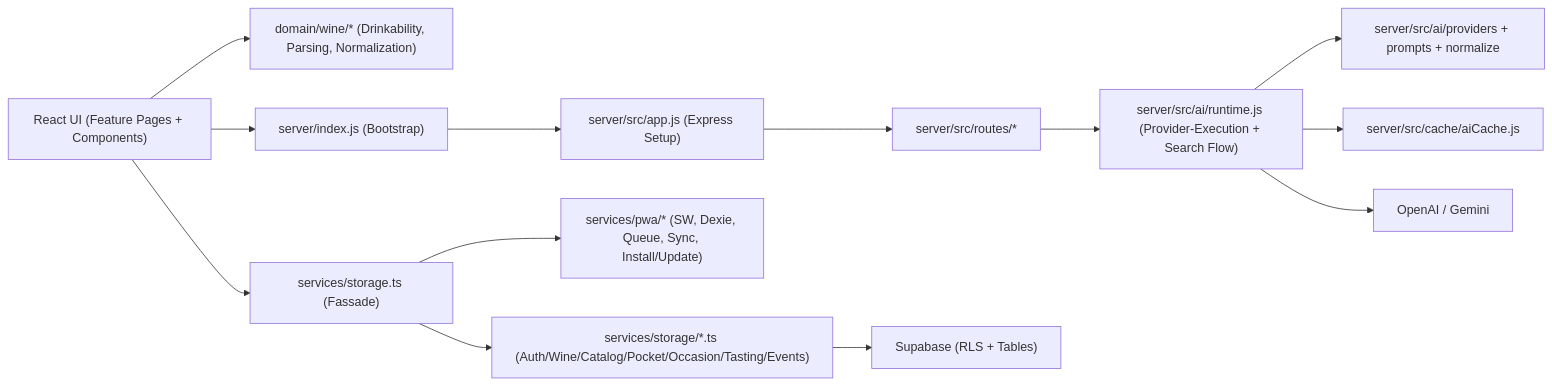
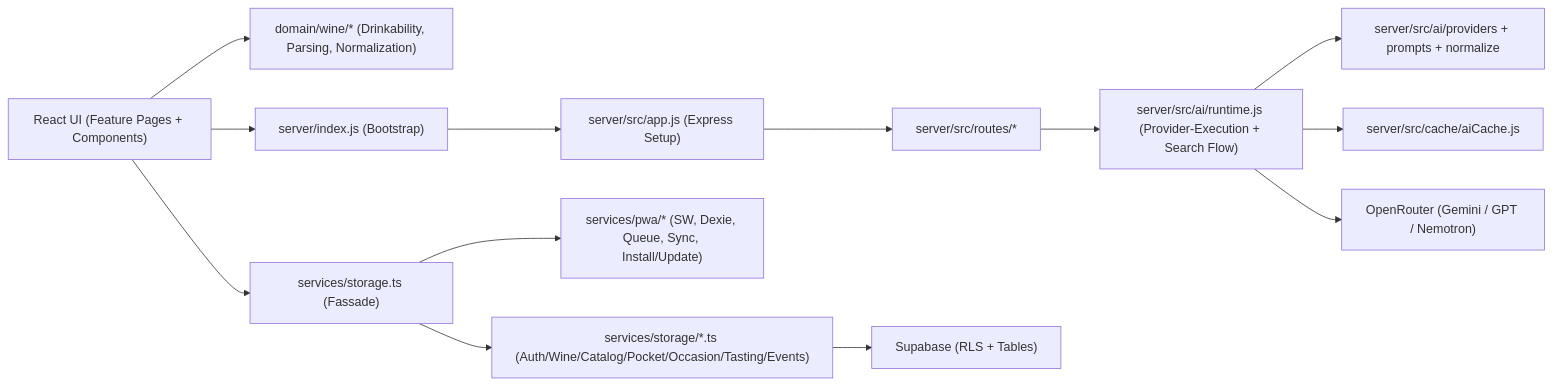
Before and after one commit to alexanderk-2000/Gran-Cru_App: the diagram in docs/ARCHITECTURE_CURRENT.md, drawn with Mermaid. The commit also changed 37 other files, not shown here.

First line of the commit message:
Analyse + Nur-OpenRouter-KI-Anbindung + Security-Härtung (#7)

````diff
--- a/docs/ARCHITECTURE_CURRENT.md
+++ b/docs/ARCHITECTURE_CURRENT.md
@@ -5,30 +5,30 @@
 ```mermaid
 flowchart LR
   UI["React UI (Feature Pages + Components)"]
   Domain["domain/wine/* (Drinkability, Parsing, Normalization)"]
   StorageFacade["services/storage.ts (Fassade)"]
   StorageRepos["services/storage/*.ts (Auth/Wine/Catalog/Pocket/Occasion/Tasting/Events)"]
   PwaLayer["services/pwa/* (SW, Dexie, Queue, Sync, Install/Update)"]
   ServerBootstrap["server/index.js (Bootstrap)"]
   ServerApp["server/src/app.js (Express Setup)"]
   AiRuntime["server/src/ai/runtime.js (Provider-Execution + Search Flow)"]
   AiModules["server/src/ai/providers + prompts + normalize"]
   ApiRoutes["server/src/routes/*"]
   Cache["server/src/cache/aiCache.js"]
   DB["Supabase (RLS + Tables)"]
-  Providers["OpenAI / Gemini"]
+  Providers["OpenRouter (Gemini / GPT / Nemotron)"]
 
   UI --> Domain
   UI --> StorageFacade
   StorageFacade --> StorageRepos
   StorageFacade --> PwaLayer
   StorageRepos --> DB
 
   UI --> ServerBootstrap
   ServerBootstrap --> ServerApp
   ServerApp --> ApiRoutes
   ApiRoutes --> AiRuntime
   AiRuntime --> AiModules
   AiRuntime --> Cache
   AiRuntime --> Providers
 ```
````
